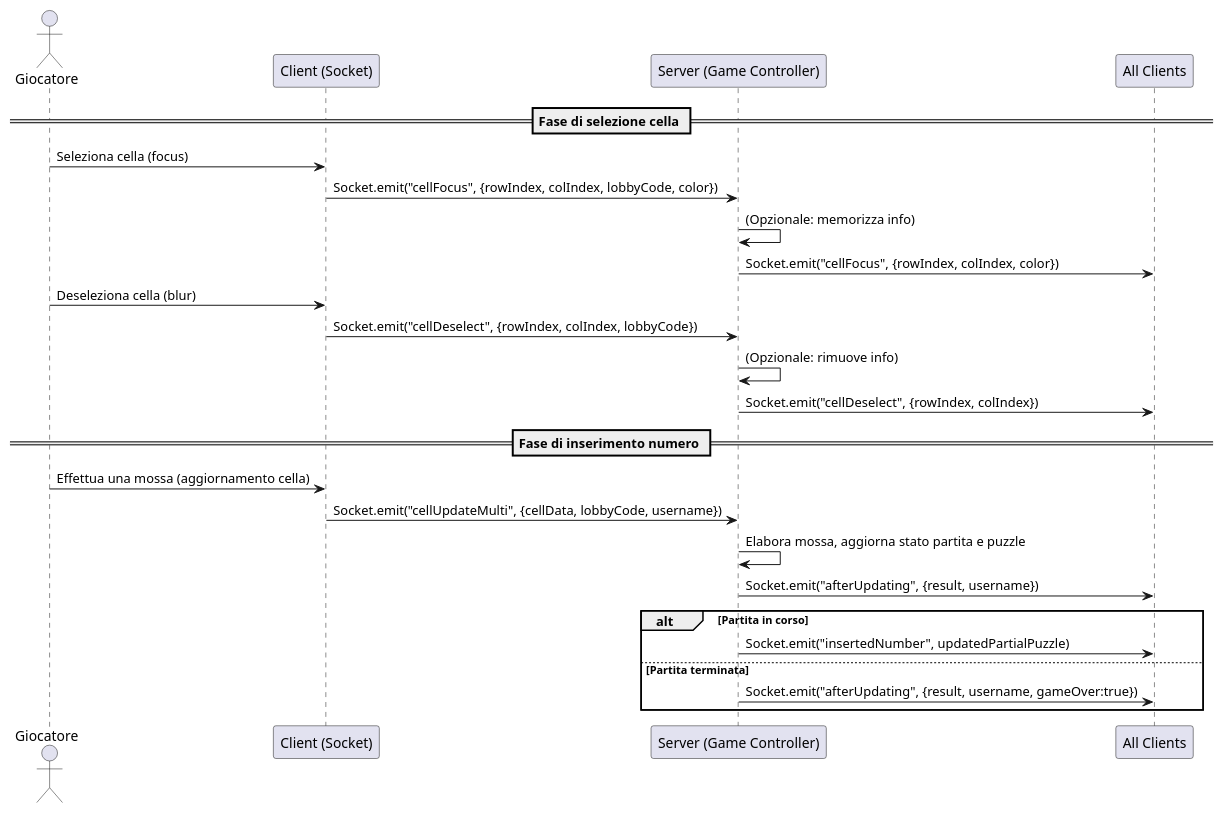
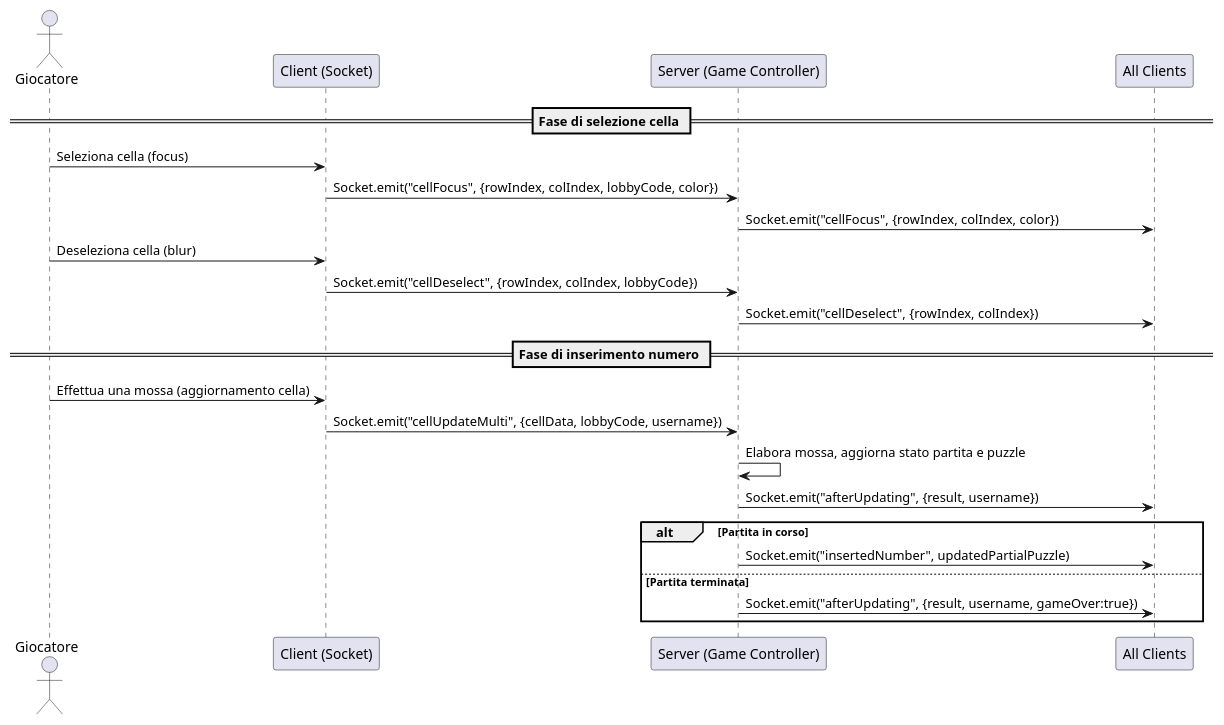
One commit to alexsiroli/Sudokoop changed the diagram in sudokoop/UMLs/multiplayerGameFlow.puml. Above: the diagram before and after it, drawn with PlantUML. The commit also changed 4 other files, not shown here.

```diff
--- a/sudokoop/UMLs/multiplayerGameFlow.puml
+++ b/sudokoop/UMLs/multiplayerGameFlow.puml
@@ -1,29 +1,27 @@
 @startuml MultiplayerGameFlow
 actor "Giocatore" as P
 participant "Client (Socket)" as C
 participant "Server (Game Controller)" as S
 participant "All Clients" as AC
 
 == Fase di selezione cella ==
 P -> C : Seleziona cella (focus)
 C -> S : Socket.emit("cellFocus", {rowIndex, colIndex, lobbyCode, color})
-S -> S : (Opzionale: memorizza info)
 S -> AC : Socket.emit("cellFocus", {rowIndex, colIndex, color})
 
 P -> C : Deseleziona cella (blur)
 C -> S : Socket.emit("cellDeselect", {rowIndex, colIndex, lobbyCode})
-S -> S : (Opzionale: rimuove info)
 S -> AC : Socket.emit("cellDeselect", {rowIndex, colIndex})
 
 == Fase di inserimento numero ==
 P -> C : Effettua una mossa (aggiornamento cella)
 C -> S : Socket.emit("cellUpdateMulti", {cellData, lobbyCode, username})
 S -> S : Elabora mossa, aggiorna stato partita e puzzle
 S -> AC : Socket.emit("afterUpdating", {result, username})
 
 alt Partita in corso
     S -> AC : Socket.emit("insertedNumber", updatedPartialPuzzle)
 else Partita terminata
     S -> AC : Socket.emit("afterUpdating", {result, username, gameOver:true})
 end
 @enduml
```
